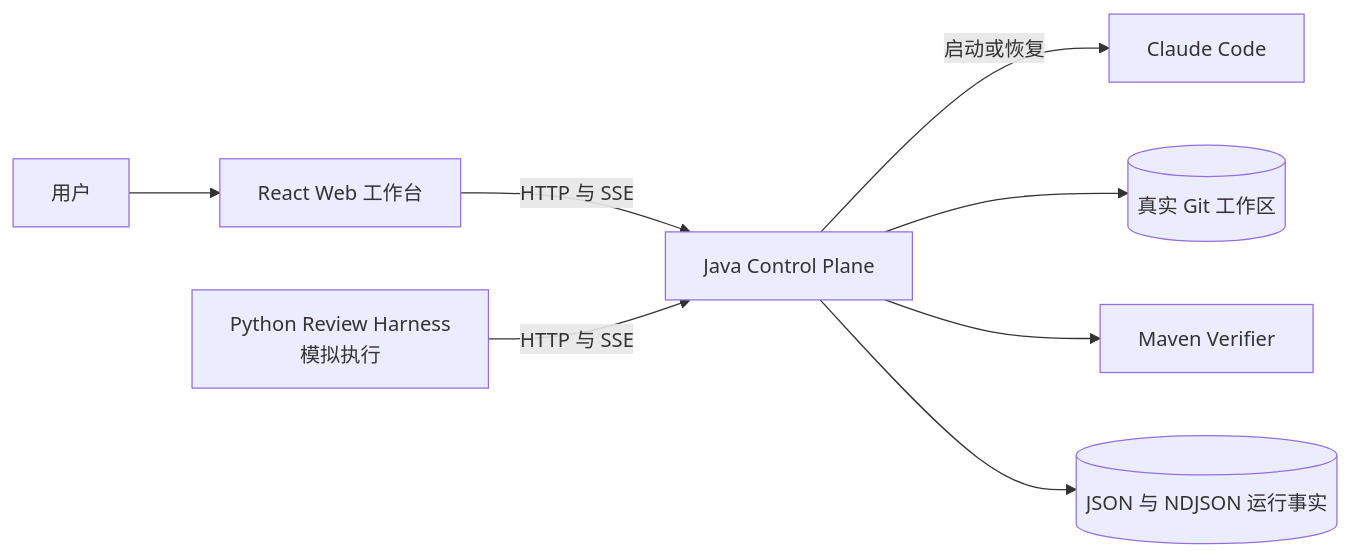
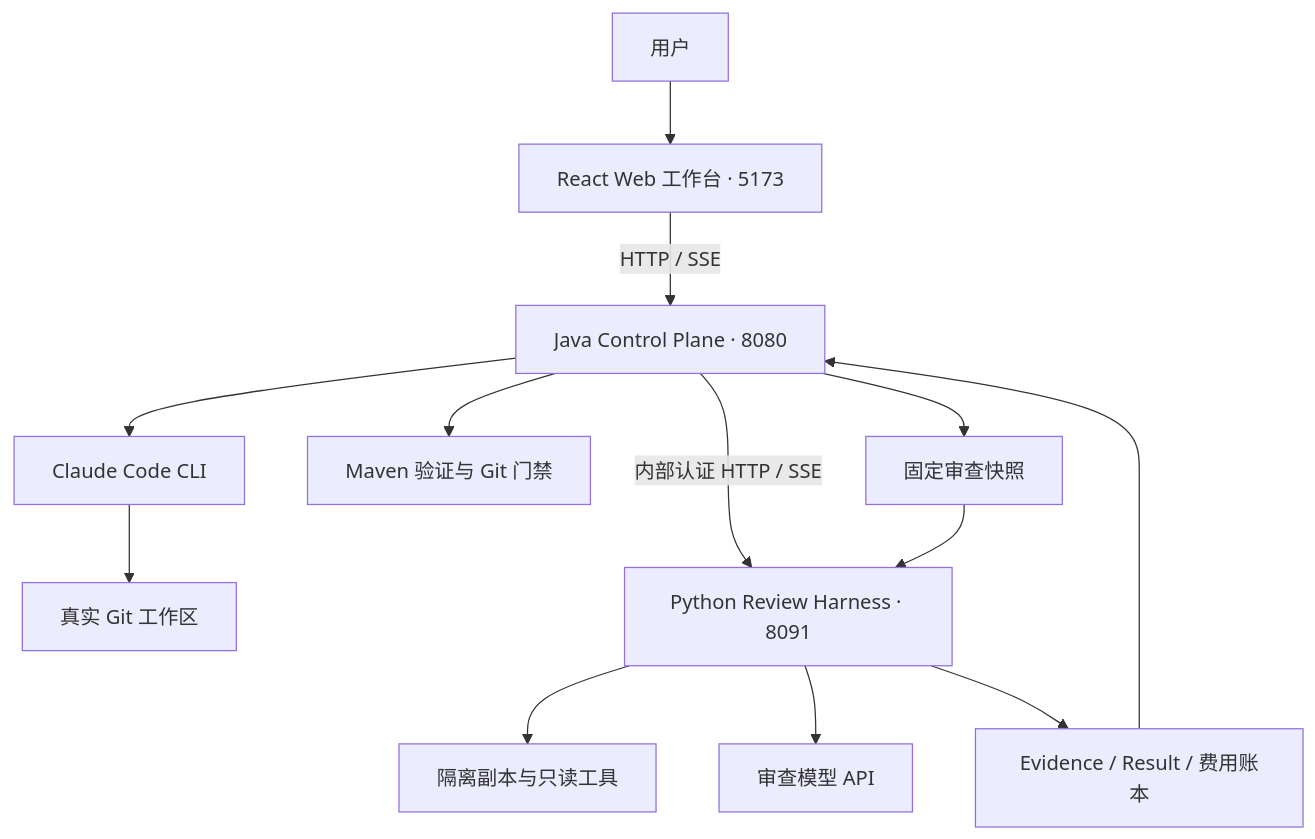
The second of 2 diagrams in README.md (smile-gu/Code-Weave), drawn with Mermaid before and after one commit. The commit also changed other lines of this file, not shown here.

````diff
--- a/README.md
+++ b/README.md
@@ -37,10 +140,15 @@
 ```mermaid
-flowchart LR
-    U[用户] --> W[React Web 工作台]
-    W -->|HTTP 与 SSE| J[Java Control Plane]
-    J -->|启动或恢复| C[Claude Code]
-    J --> G[(真实 Git 工作区)]
-    J --> M[Maven Verifier]
-    J --> R[(JSON 与 NDJSON 运行事实)]
-    P[Python Review Harness<br/>模拟执行] -- HTTP 与 SSE --> J
+flowchart TD
+    U[用户] --> W[React Web 工作台 · 5173]
+    W -->|HTTP / SSE| J[Java Control Plane · 8080]
+    J --> C[Claude Code CLI]
+    C --> G[真实 Git 工作区]
+    J --> V[Maven 验证与 Git 门禁]
+    J -->|内部认证 HTTP / SSE| P[Python Review Harness · 8091]
+    J --> S[固定审查快照]
+    S --> P
+    P --> R[隔离副本与只读工具]
+    P --> L[审查模型 API]
+    P --> E[Evidence / Result / 费用账本]
+    E --> J
 ```
````
